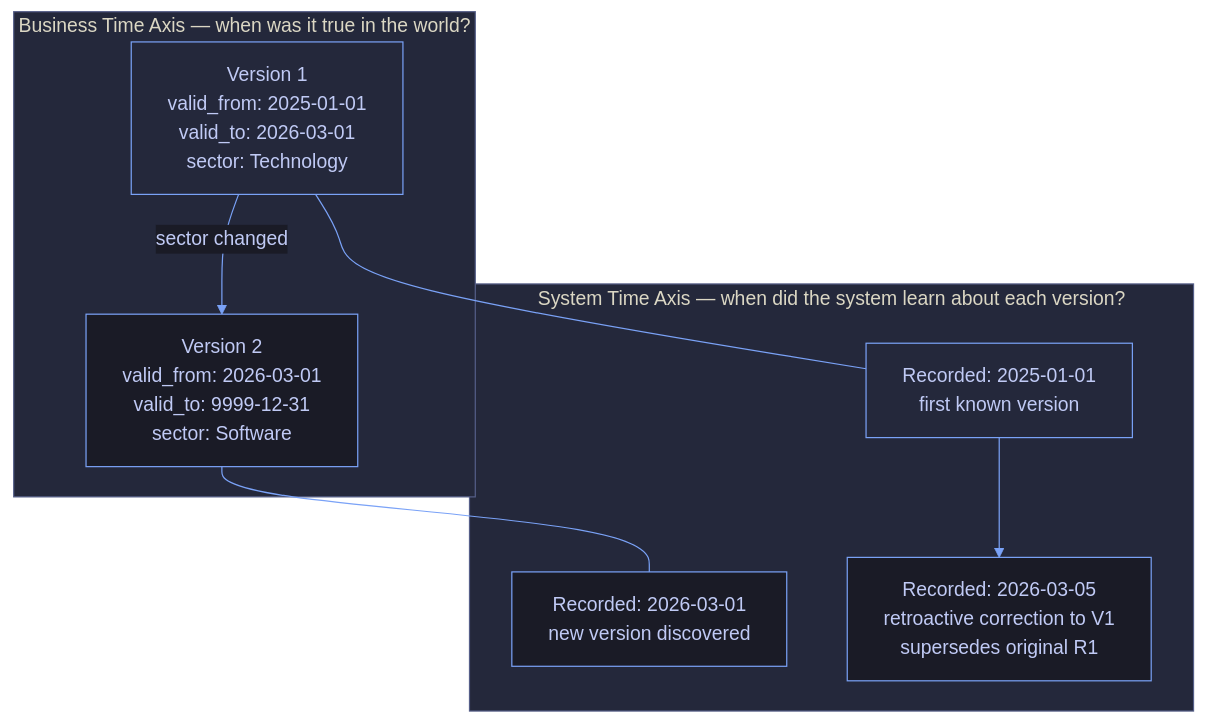
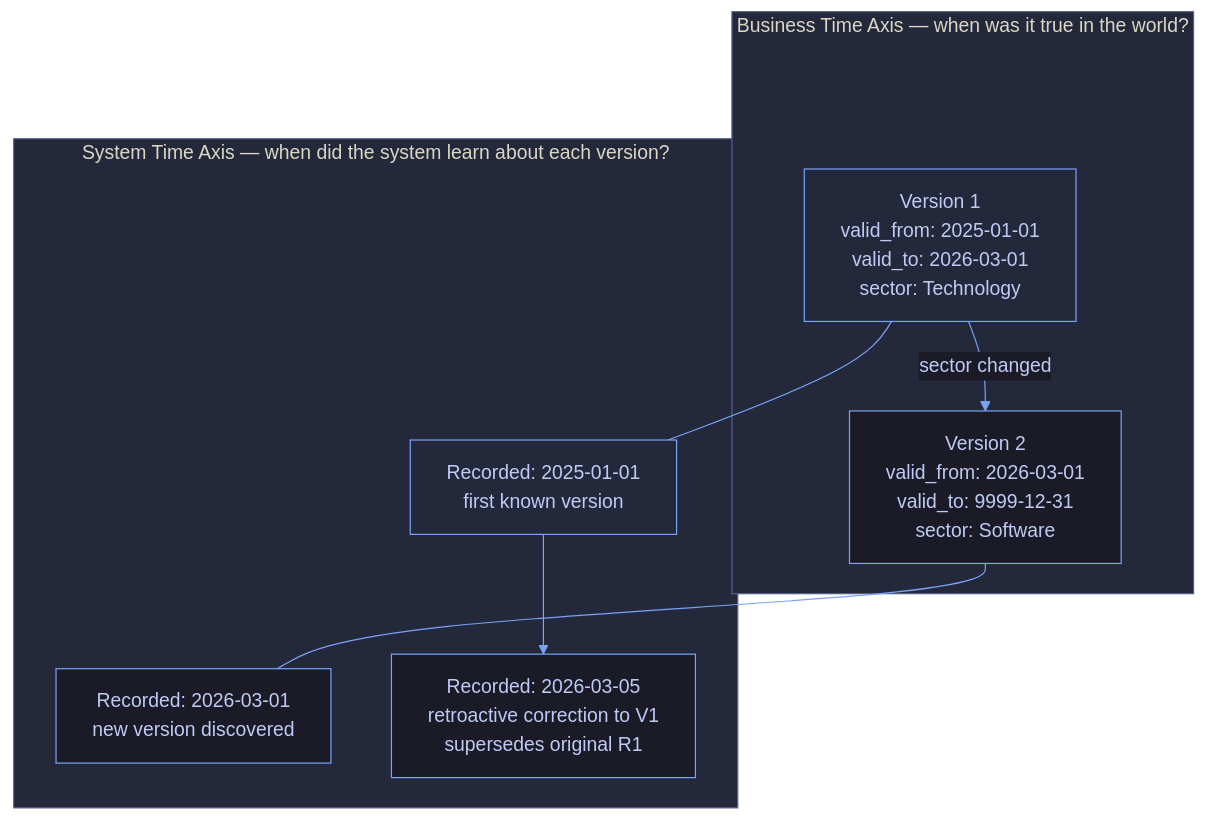
One commit to alp78/elysium changed the second of 4 diagrams in content/14-Data-Architecture/01-Architectures/07-context-and-metadata-architecture.md. Above: the diagram before and after it, drawn with Mermaid. The commit also changed 216 other files, not shown here.

````diff
--- a/content/14-Data-Architecture/01-Architectures/07-context-and-metadata-architecture.md
+++ b/content/14-Data-Architecture/01-Architectures/07-context-and-metadata-architecture.md
@@ -824,20 +824,27 @@
 ```mermaid
 %%{init: {"theme": "base", "themeVariables": {"primaryColor": "#1a1b26", "primaryTextColor": "#c0caf5", "primaryBorderColor": "#7aa2f7", "lineColor": "#7aa2f7", "secondaryColor": "#16161e", "tertiaryColor": "#24283b", "edgeLabelBackground": "#1a1b26", "clusterBkg": "#24283b", "clusterBorder": "#565f89"}}}%%
 flowchart TD
     subgraph BT["Business Time Axis — when was it true in the world?"]
+        BPAD[" "]
         V1["Version 1<br/>valid_from: 2025-01-01<br/>valid_to: 2026-03-01<br/>sector: Technology"]:::highlight
         V2["Version 2<br/>valid_from: 2026-03-01<br/>valid_to: 9999-12-31<br/>sector: Software"]
+        BPAD ~~~ V1
         V1 -->|"sector changed"| V2
     end
     subgraph ST["System Time Axis — when did the system learn about each version?"]
+        SPAD[" "]
         R1["Recorded: 2025-01-01<br/>first known version"]:::highlight
         R2["Recorded: 2026-03-01<br/>new version discovered"]
         RC["Recorded: 2026-03-05<br/>retroactive correction to V1<br/>supersedes original R1"]
+        SPAD ~~~ R1
+        SPAD ~~~ R2
         R1 --> RC
         R2
     end
     V1 --- R1
     V2 --- R2
 
+    style BPAD fill:transparent,stroke:transparent,color:transparent
+    style SPAD fill:transparent,stroke:transparent,color:transparent
     classDef highlight fill:#24283b,stroke:#7aa2f7
 ```
````
